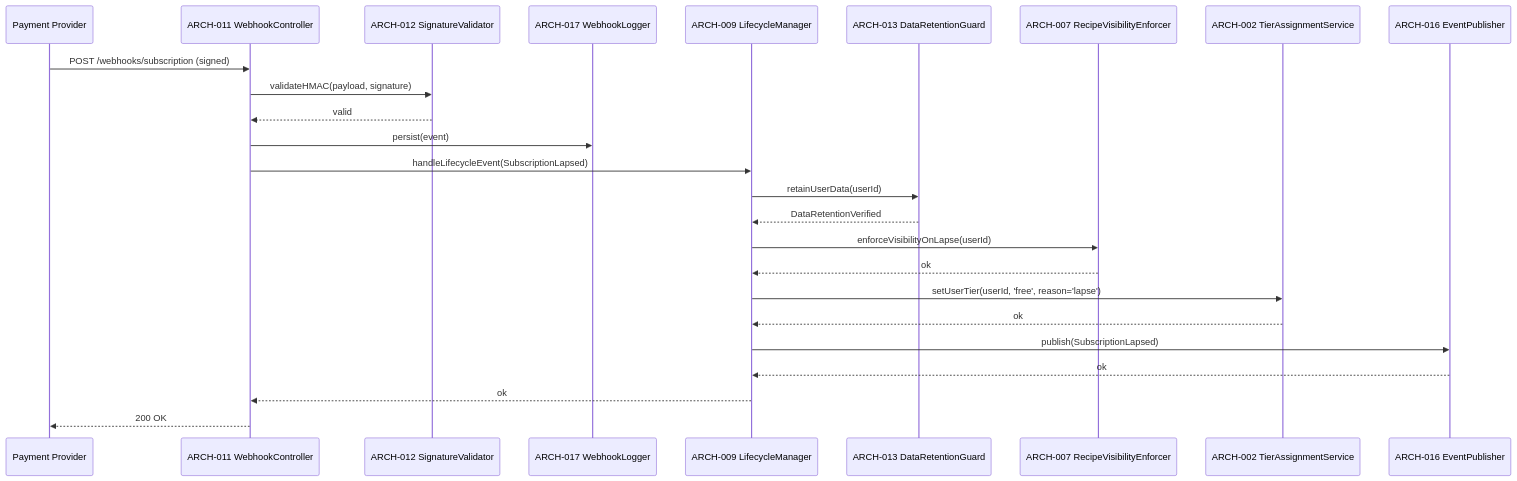
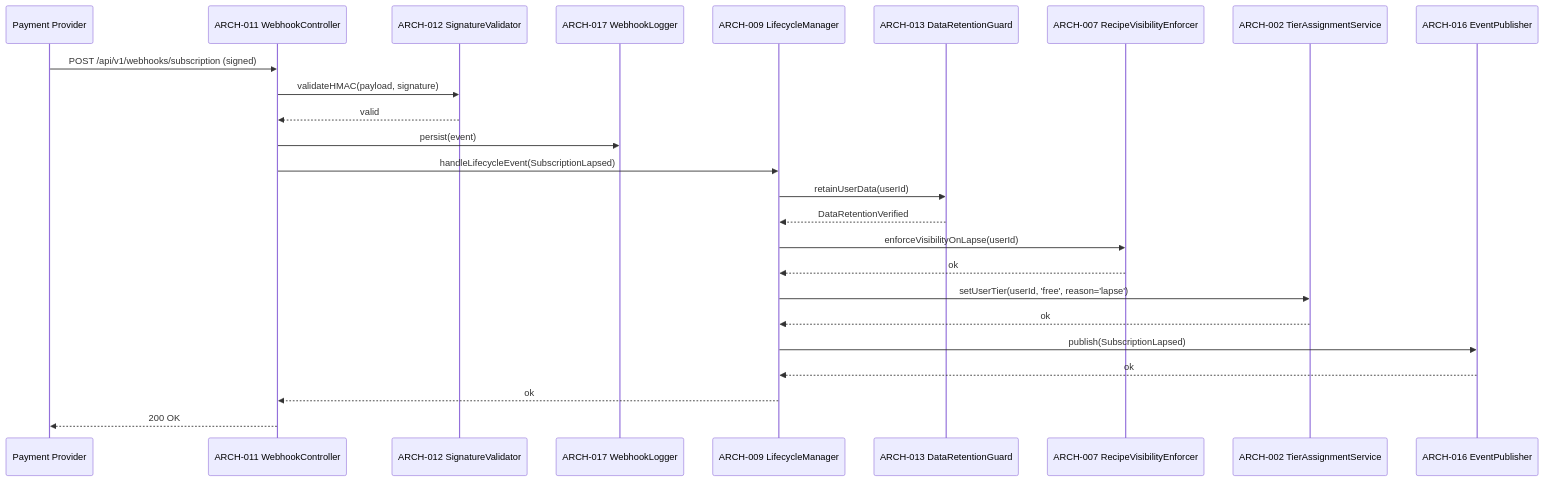
The second of 3 diagrams in specs/010-subscriptions/v-model/architecture-design.md (radicle-co/KitchenSink), drawn with Mermaid before and after one commit. The commit also changed 98 other files, not shown here.

````diff
--- a/specs/010-subscriptions/v-model/architecture-design.md
+++ b/specs/010-subscriptions/v-model/architecture-design.md
@@ -74,28 +74,28 @@
 ```mermaid
 sequenceDiagram
     participant Provider as Payment Provider
     participant WH as ARCH-011 WebhookController
     participant Sig as ARCH-012 SignatureValidator
     participant Log as ARCH-017 WebhookLogger
     participant LM as ARCH-009 LifecycleManager
     participant DR as ARCH-013 DataRetentionGuard
     participant RV as ARCH-007 RecipeVisibilityEnforcer
     participant TA as ARCH-002 TierAssignmentService
     participant Pub as ARCH-016 EventPublisher
 
-    Provider->>WH: POST /webhooks/subscription (signed)
+    Provider->>WH: POST /api/v1/webhooks/subscription (signed)
     WH->>Sig: validateHMAC(payload, signature)
     Sig-->>WH: valid
     WH->>Log: persist(event)
     WH->>LM: handleLifecycleEvent(SubscriptionLapsed)
     LM->>DR: retainUserData(userId)
     DR-->>LM: DataRetentionVerified
     LM->>RV: enforceVisibilityOnLapse(userId)
     RV-->>LM: ok
     LM->>TA: setUserTier(userId, 'free', reason='lapse')
     TA-->>LM: ok
     LM->>Pub: publish(SubscriptionLapsed)
     Pub-->>LM: ok
     LM-->>WH: ok
     WH-->>Provider: 200 OK
 ```
````
